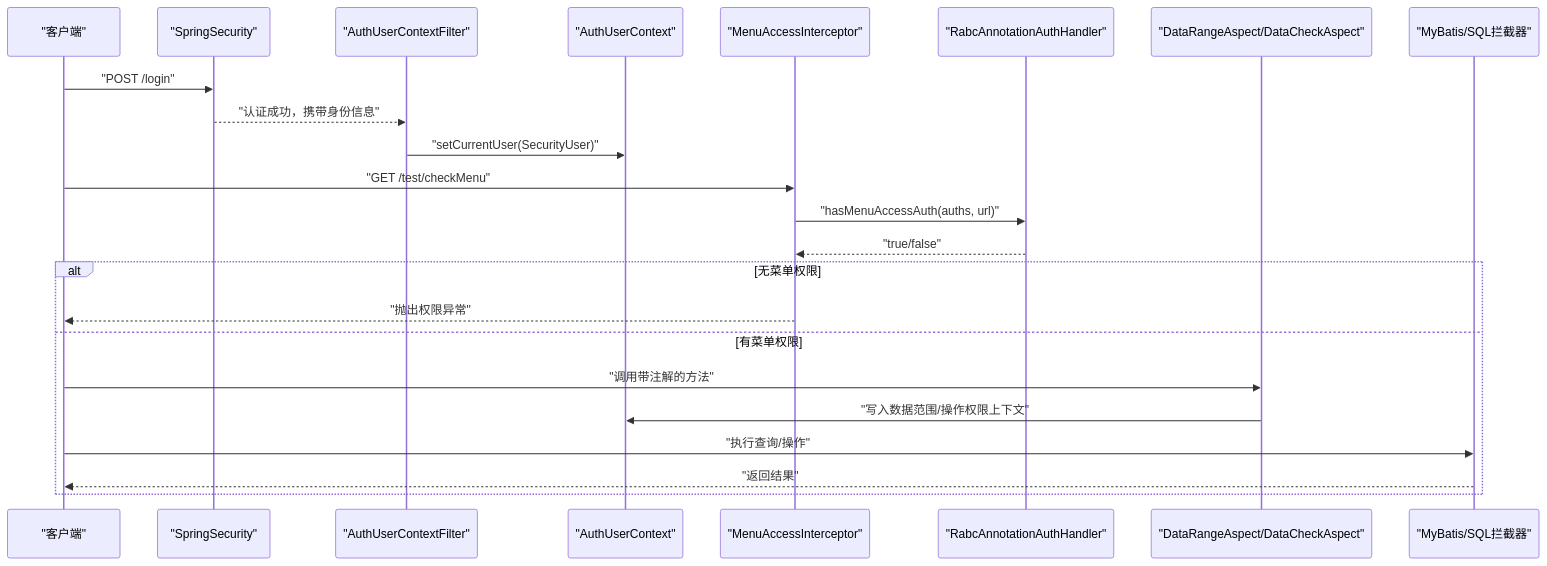
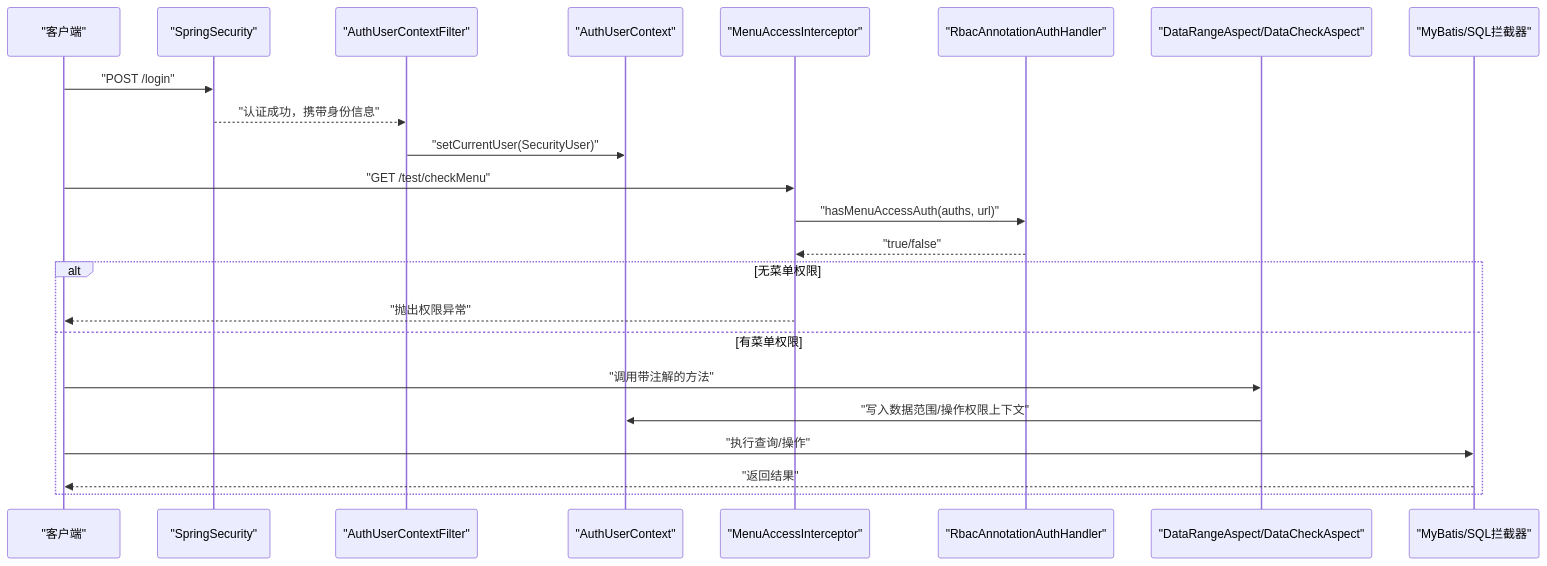
One commit to LiukewenSC/kewen-framework changed the second of 6 diagrams in .qoder/repowiki/zh/content/故障排除/权限问题排查.md. Above: the diagram before and after it, drawn with Mermaid. The commit also changed other lines of this file and 764 other files, not shown here.

````diff
--- a/.qoder/repowiki/zh/content/故障排除/权限问题排查.md
+++ b/.qoder/repowiki/zh/content/故障排除/权限问题排查.md
@@ -114,25 +114,25 @@
 ```mermaid
 sequenceDiagram
 participant Client as "客户端"
 participant Sec as "SpringSecurity"
 participant Filter as "AuthUserContextFilter"
 participant Ctx as "AuthUserContext"
 participant Inter as "MenuAccessInterceptor"
-participant Handler as "RabcAnnotationAuthHandler"
+participant Handler as "RbacAnnotationAuthHandler"
 participant Aspect as "DataRangeAspect/DataCheckAspect"
 participant DB as "MyBatis/SQL拦截器"
 Client->>Sec : "POST /login"
 Sec-->>Filter : "认证成功，携带身份信息"
 Filter->>Ctx : "setCurrentUser(SecurityUser)"
 Client->>Inter : "GET /test/checkMenu"
 Inter->>Handler : "hasMenuAccessAuth(auths, url)"
 Handler-->>Inter : "true/false"
 alt 无菜单权限
 Inter-->>Client : "抛出权限异常"
 else 有菜单权限
 Client->>Aspect : "调用带注解的方法"
 Aspect->>Ctx : "写入数据范围/操作权限上下文"
 Client->>DB : "执行查询/操作"
 DB-->>Client : "返回结果"
 end
 ```
````
